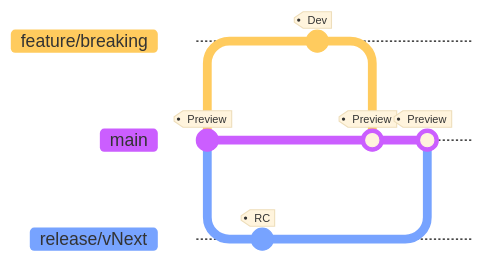
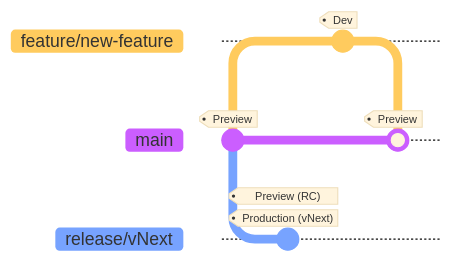
Before and after one commit to Kaplas80/PleOps.Cake: the fourth of 7 diagrams in docs/articles/workflows/gitflow-detailed.md, drawn with Mermaid. The commit also changed other lines of this file, not shown here. Commit ids are hidden.

Commit message:
📚 Add detailed release diagrams

````diff
--- a/docs/articles/workflows/gitflow-detailed.md
+++ b/docs/articles/workflows/gitflow-detailed.md
@@ -186,27 +186,23 @@
 ```mermaid
 ---
 config:
   theme: base
   gitGraph:
     showCommitLabel: false
     mainBranchOrder: 3
 ---
 
 gitGraph LR:
   commit tag: "Preview"
 
   %% Release branch
   branch release/vNext order: 4
-  commit tag: "RC"
+  commit tag: "Preview (RC)" tag: "Production (vNext)"
 
-  %% Breaking feature for the following release
+  %% New feature for the following release
   checkout main
-  branch feature/breaking order: 0
+  branch feature/new-feature order: 0
   commit tag: "Dev"
   checkout main
-  merge feature/breaking tag: "Preview"
-
-  %% Merge release branch
-  checkout main
-  merge release/vNext tag: "Preview"
+  merge feature/new-feature tag: "Preview"
 ```
````
